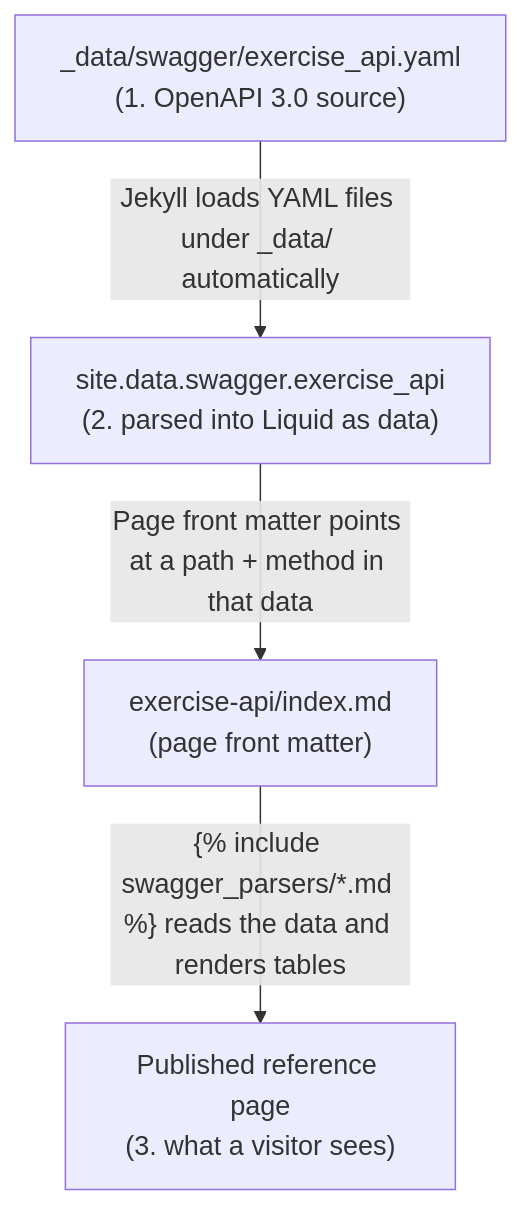
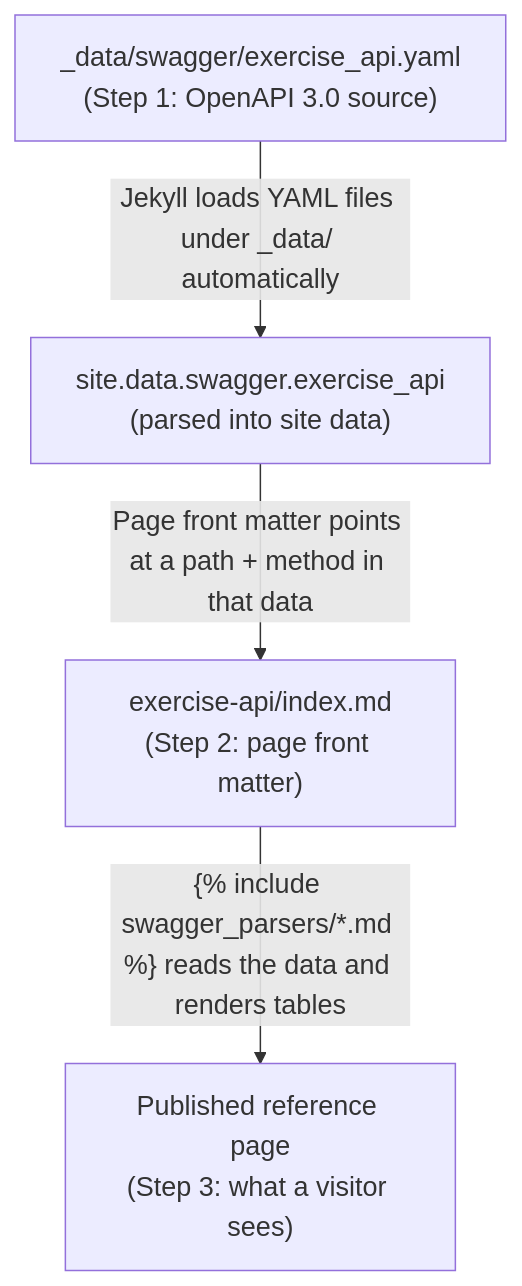
The diagram in docs/open-api-spec-example/pipeline.md (DeeptiN1/portfolio), drawn with Mermaid before and after one commit. The commit also changed other lines of this file, not shown here.

Commit message:
Polish the pipeline page's steps and diagram
- Remove the leftover text diagram, keeping only the Mermaid version
- Fix numbered "Pipeline explained" steps that were each rendering
  as "1." (Markdown ordered lists don't continue numbering across
  intervening code blocks/arrows) by switching to bold "Step N."
  labels instead
- Add matching Step 1/2/3 labels to the Mermaid diagram's nodes,
  mapped to the three actual steps below it (the intermediate
  Jekyll-parsing node isn't one of the three steps, so it's left
  unlabeled)
- Remove "Liquid" from the diagram's node label and accDescr, since
  a reader may not know what that is; reworded to "site data"

````diff
--- a/docs/open-api-spec-example/pipeline.md
+++ b/docs/open-api-spec-example/pipeline.md
@@ -29,9 +29,9 @@
 ```mermaid
 %%{init: {'themeVariables': {'fontSize': '18px'}, 'flowchart': {'nodeSpacing': 35, 'rankSpacing': 50}}}%%
 flowchart TD
     accTitle: OpenAPI docs-as-code pipeline
-    accDescr: The OpenAPI 3.0 source YAML file is loaded by Jekyll into Liquid as site data. A page's front matter points at a path and method in that data. Swagger-parser includes read the data and render tables, producing the published reference page a visitor sees.
-    A["_data/swagger/exercise_api.yaml\n(1. OpenAPI 3.0 source)"] -->|Jekyll loads YAML files under _data/ automatically| B["site.data.swagger.exercise_api\n(2. parsed into Liquid as data)"]
-    B -->|Page front matter points at a path + method in that data| C["exercise-api/index.md\n(page front matter)"]
-    C -->|"{% include swagger_parsers/*.md %} reads the data and renders tables"| D["Published reference page\n(3. what a visitor sees)"]
+    accDescr: The OpenAPI 3.0 source YAML file is loaded by Jekyll as site data. A page's front matter points at a path and method in that data. Swagger-parser includes read the data and render tables, producing the published reference page a visitor sees.
+    A["_data/swagger/exercise_api.yaml\n(Step 1: OpenAPI 3.0 source)"] -->|Jekyll loads YAML files under _data/ automatically| B["site.data.swagger.exercise_api\n(parsed into site data)"]
+    B -->|Page front matter points at a path + method in that data| C["exercise-api/index.md\n(Step 2: page front matter)"]
+    C -->|"{% include swagger_parsers/*.md %} reads the data and renders tables"| D["Published reference page\n(Step 3: what a visitor sees)"]
 ```
````
